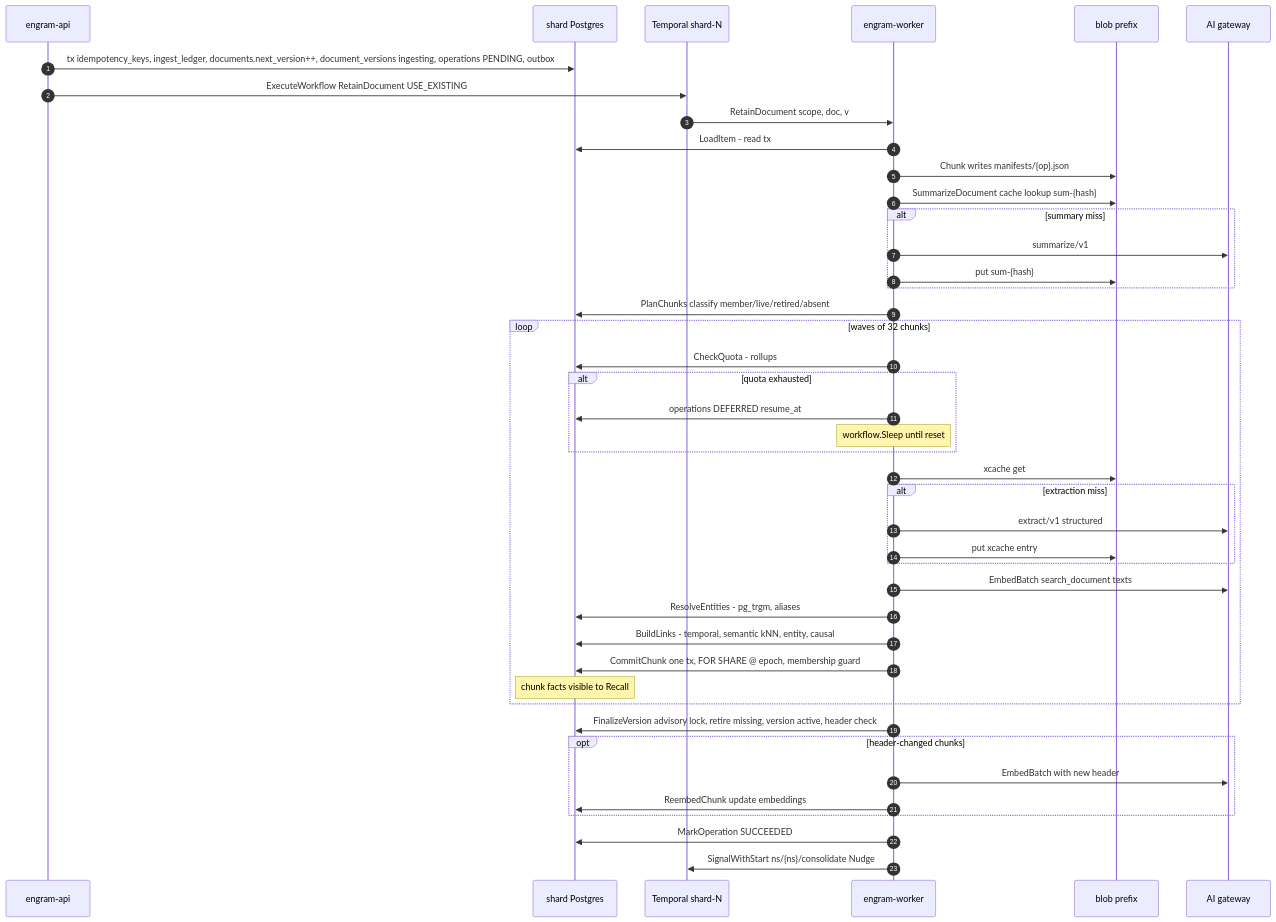
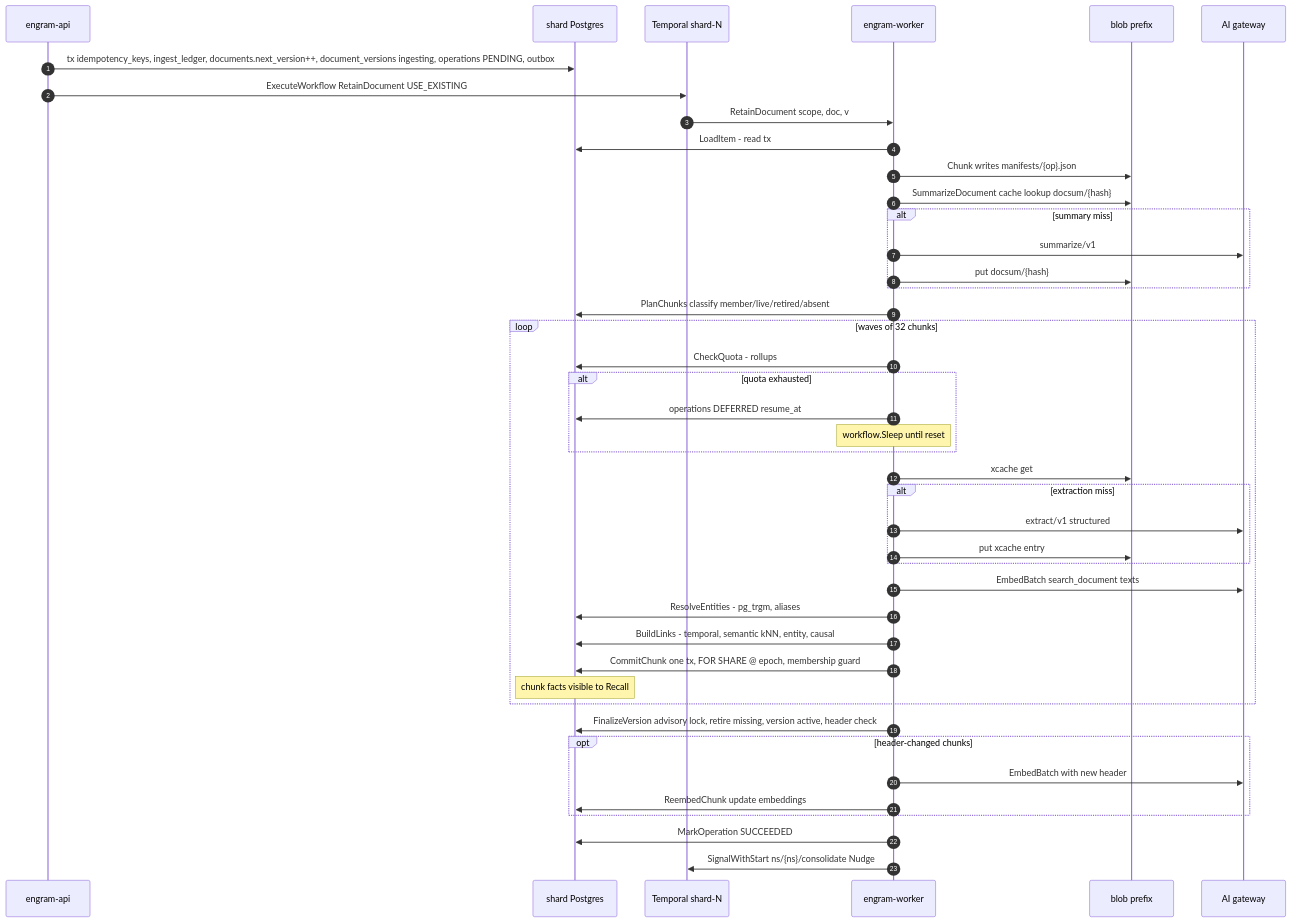
One commit to gstamatakis95/agent-memory-benchmark changed the first of 6 diagrams in plans/engram/sections/05-pipelines.md. Above: the diagram before and after it, drawn with Mermaid. The commit also changed other lines of this file and 16 other files, not shown here.

````diff
--- a/plans/engram/sections/05-pipelines.md
+++ b/plans/engram/sections/05-pipelines.md
@@ -367,45 +371,45 @@
 ```mermaid
 sequenceDiagram
   autonumber
   participant API as engram-api
   participant DB as shard Postgres
   participant T as Temporal shard-N
   participant W as engram-worker
   participant B as blob prefix
   participant G as AI gateway
   API->>DB: tx idempotency_keys, ingest_ledger, documents.next_version++, document_versions ingesting, operations PENDING, outbox
   API->>T: ExecuteWorkflow RetainDocument USE_EXISTING
  T->>W: RetainDocument scope, doc, v
  W->>DB: LoadItem - read tx
   W->>B: Chunk writes manifests/{op}.json
-  W->>B: SummarizeDocument cache lookup sum-{hash}
+  W->>B: SummarizeDocument cache lookup docsum/{hash}
   alt summary miss
     W->>G: summarize/v1
-    W->>B: put sum-{hash}
+    W->>B: put docsum/{hash}
   end
   W->>DB: PlanChunks classify member/live/retired/absent
   loop waves of 32 chunks
  W->>DB: CheckQuota - rollups
     alt quota exhausted
       W->>DB: operations DEFERRED resume_at
  Note over W: workflow.Sleep until reset
     end
     W->>B: xcache get
     alt extraction miss
       W->>G: extract/v1 structured
       W->>B: put xcache entry
     end
     W->>G: EmbedBatch search_document texts
  W->>DB: ResolveEntities - pg_trgm, aliases
  W->>DB: BuildLinks - temporal, semantic kNN, entity, causal
     W->>DB: CommitChunk one tx, FOR SHARE @ epoch, membership guard
     Note over DB: chunk facts visible to Recall
   end
   W->>DB: FinalizeVersion advisory lock, retire missing, version active, header check
   opt header-changed chunks
     W->>G: EmbedBatch with new header
     W->>DB: ReembedChunk update embeddings
   end
   W->>DB: MarkOperation SUCCEEDED
   W->>T: SignalWithStart ns/{ns}/consolidate Nudge
 ```
````
